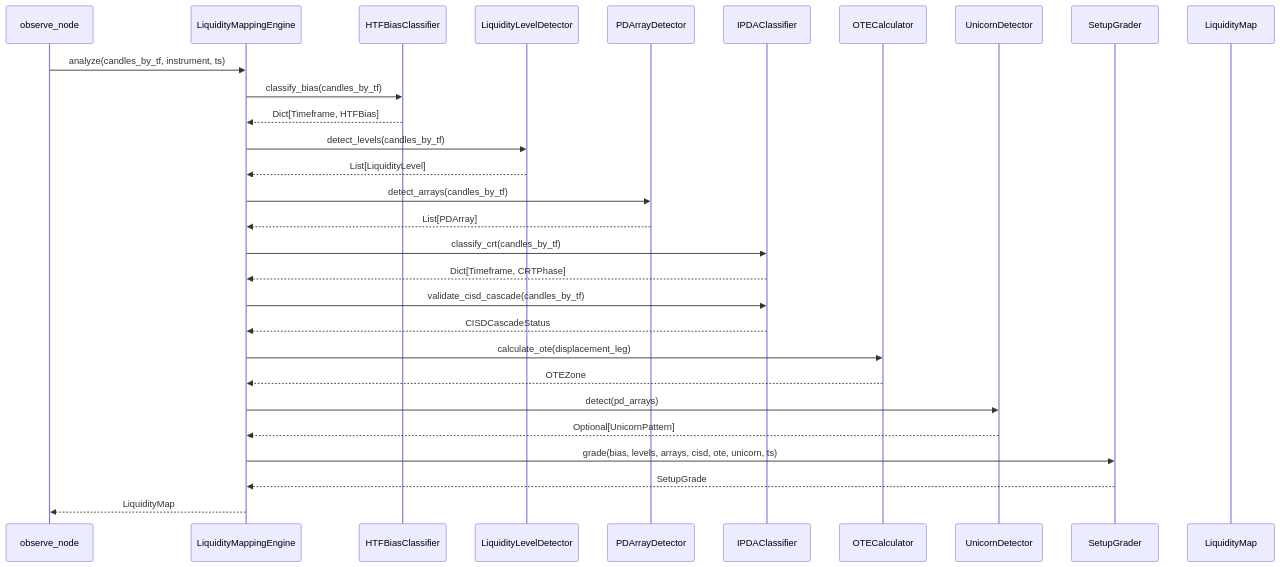
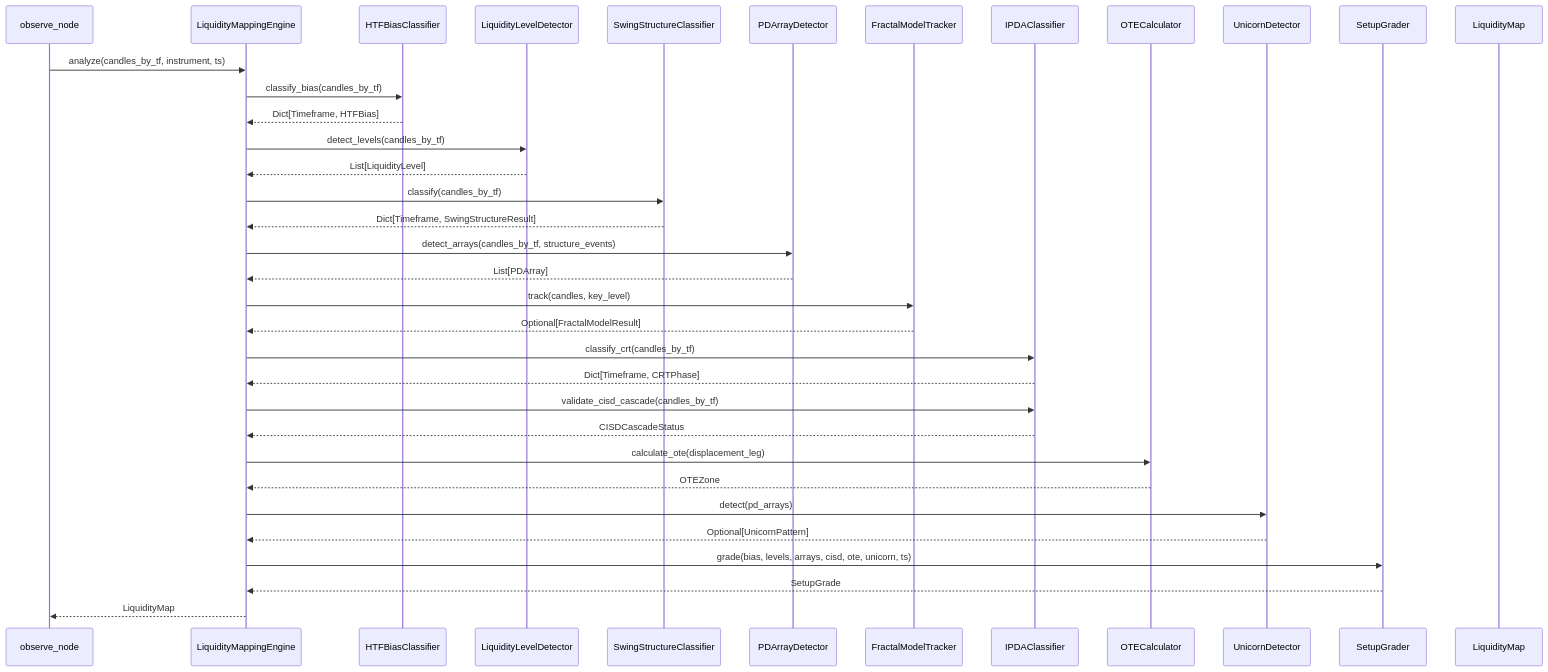
Before and after one commit to RonoHenry/AgentICTrader: the third of 4 diagrams in .kiro/specs/liquidity-engine/design.md, drawn with Mermaid. The commit also changed other lines of this file and 15 other files, not shown here.

````diff
--- a/.kiro/specs/liquidity-engine/design.md
+++ b/.kiro/specs/liquidity-engine/design.md
@@ -91,32 +107,38 @@
 ```mermaid
 sequenceDiagram
     participant ON as observe_node
     participant LE as LiquidityMappingEngine
     participant HB as HTFBiasClassifier
     participant LD as LiquidityLevelDetector
+    participant SC as SwingStructureClassifier
     participant PD as PDArrayDetector
+    participant FM as FractalModelTracker
     participant IP as IPDAClassifier
     participant OT as OTECalculator
     participant UN as UnicornDetector
     participant SG as SetupGrader
     participant LM as LiquidityMap
 
     ON->>LE: analyze(candles_by_tf, instrument, ts)
     LE->>HB: classify_bias(candles_by_tf)
     HB-->>LE: Dict[Timeframe, HTFBias]
     LE->>LD: detect_levels(candles_by_tf)
     LD-->>LE: List[LiquidityLevel]
-    LE->>PD: detect_arrays(candles_by_tf)
+    LE->>SC: classify(candles_by_tf)
+    SC-->>LE: Dict[Timeframe, SwingStructureResult]
+    LE->>PD: detect_arrays(candles_by_tf, structure_events)
     PD-->>LE: List[PDArray]
+    LE->>FM: track(candles, key_level)
+    FM-->>LE: Optional[FractalModelResult]
     LE->>IP: classify_crt(candles_by_tf)
     IP-->>LE: Dict[Timeframe, CRTPhase]
     LE->>IP: validate_cisd_cascade(candles_by_tf)
     IP-->>LE: CISDCascadeStatus
     LE->>OT: calculate_ote(displacement_leg)
     OT-->>LE: OTEZone
     LE->>UN: detect(pd_arrays)
     UN-->>LE: Optional[UnicornPattern]
     LE->>SG: grade(bias, levels, arrays, cisd, ote, unicorn, ts)
     SG-->>LE: SetupGrade
     LE-->>ON: LiquidityMap
 ```
````
